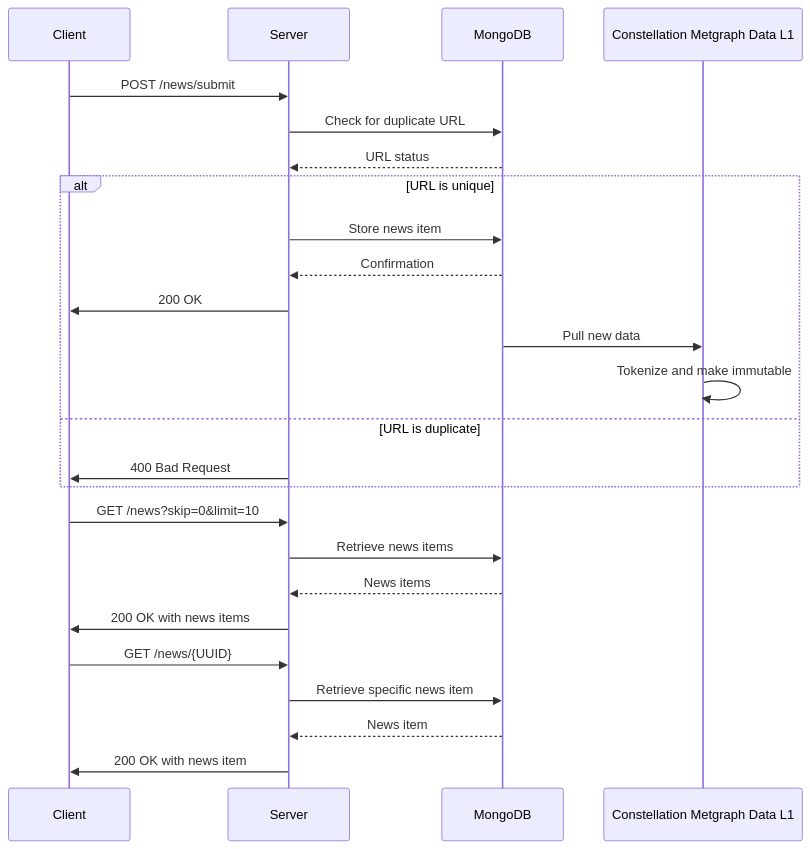
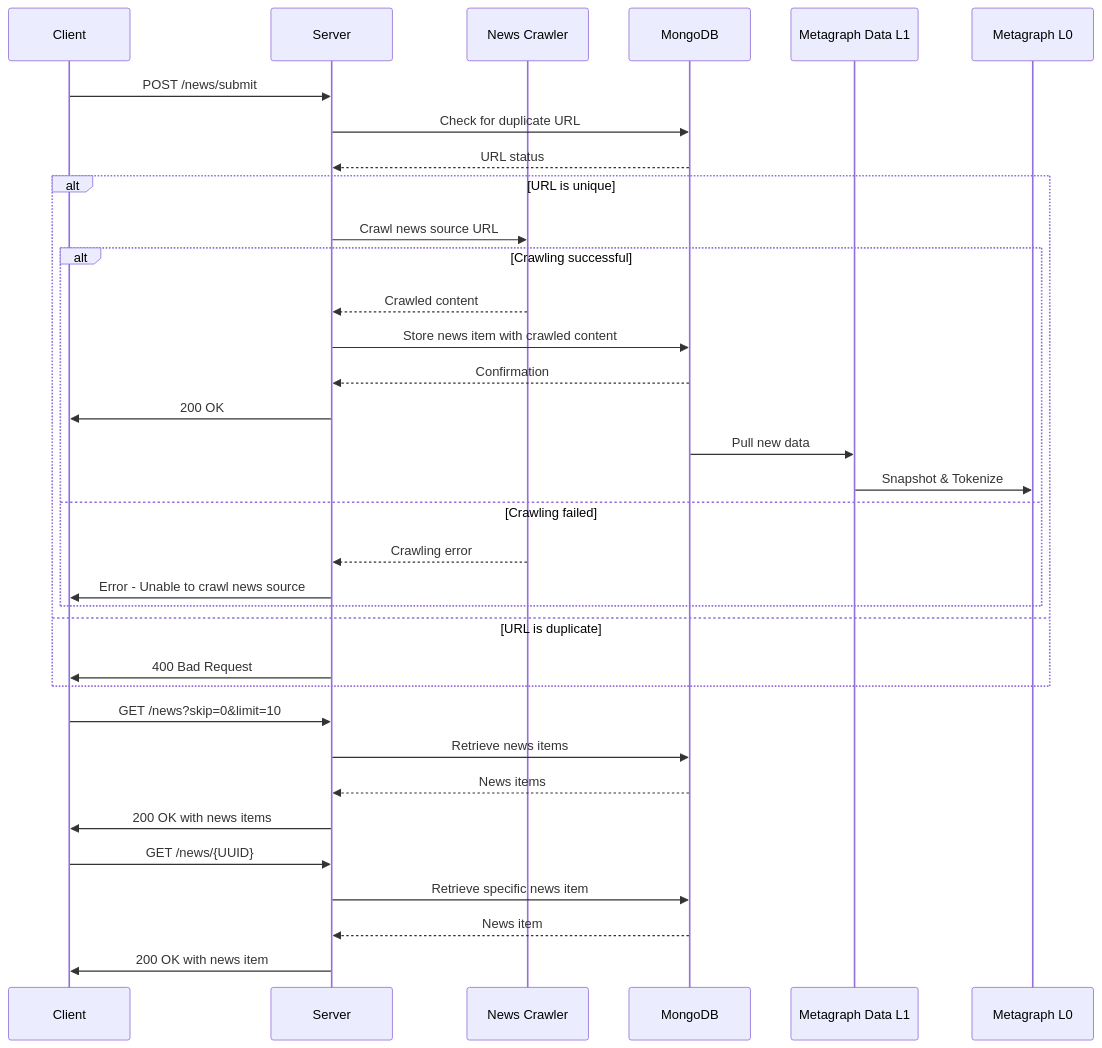
Before and after one commit to tobalo/immutable-news-api: the second of 2 diagrams in README.md, drawn with Mermaid. The commit also changed other lines of this file and 1 other file, not shown here.

Commit message:
design: extend sequence diagram to L0

````diff
--- a/README.md
+++ b/README.md
@@ -17,30 +17,39 @@
 ```mermaid
 sequenceDiagram
     participant C as Client
     participant S as Server
+    participant NC as News Crawler
     participant M as MongoDB
-    participant CMD as Constellation Metgraph Data L1
+    participant CMD1 as Metagraph Data L1
+    participant CMD0 as Metagraph L0
 
     C->>S: POST /news/submit
     S->>M: Check for duplicate URL
     M-->>S: URL status
     alt URL is unique
-        S->>M: Store news item
-        M-->>S: Confirmation
-        S->>C: 200 OK
-        M->>CMD: Pull new data
-        CMD->>CMD: Tokenize and make immutable
+        S->>NC: Crawl news source URL
+        alt Crawling successful
+            NC-->>S: Crawled content
+            S->>M: Store news item with crawled content
+            M-->>S: Confirmation
+            S->>C: 200 OK
+            M->>CMD1: Pull new data
+            CMD1->>CMD0: Snapshot & Tokenize
+        else Crawling failed
+            NC-->>S: Crawling error
+            S->>C: Error - Unable to crawl news source
+        end
     else URL is duplicate
         S->>C: 400 Bad Request
     end
 
     C->>S: GET /news?skip=0&limit=10
     S->>M: Retrieve news items
     M-->>S: News items
     S->>C: 200 OK with news items
 
     C->>S: GET /news/{UUID}
     S->>M: Retrieve specific news item
     M-->>S: News item
     S->>C: 200 OK with news item
 ```
````
